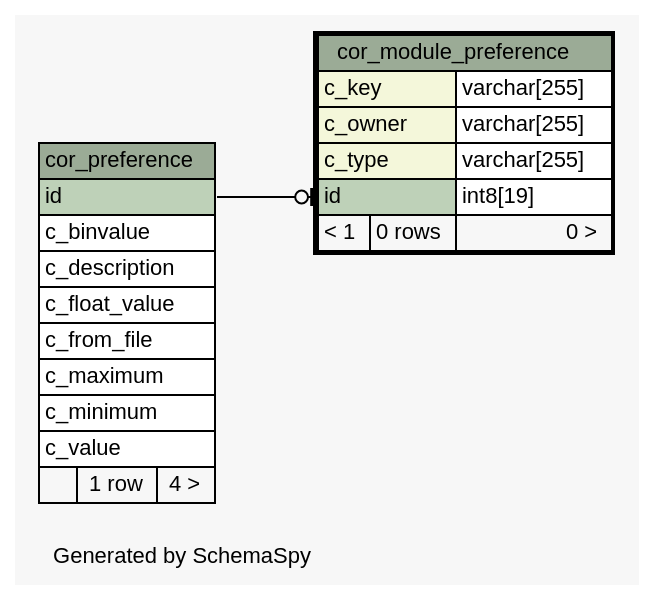
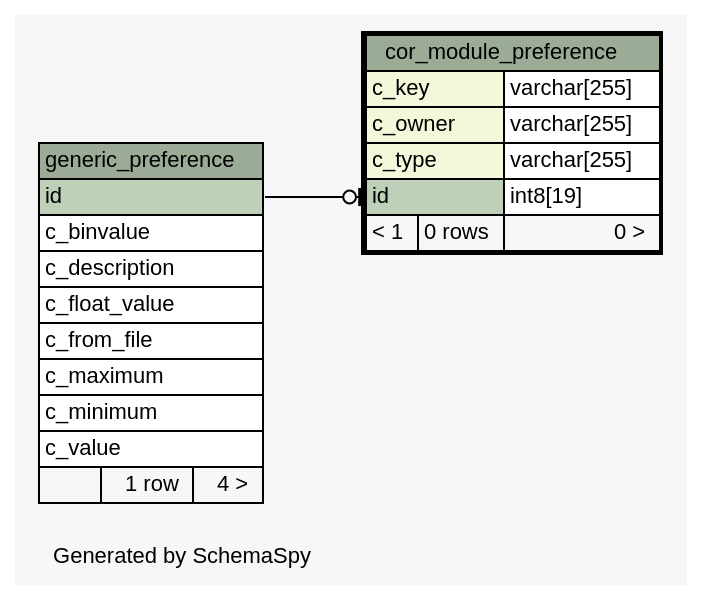
Before and after one commit to openwms/org.openwms.core.preferences.lib: the diagram in schemaspy/diagrams/cor_module_preference.1degree.dot, drawn with Graphviz. The commit also changed 270 other files, not shown here.

```diff
--- a/schemaspy/diagrams/cor_module_preference.1degree.dot
+++ b/schemaspy/diagrams/cor_module_preference.1degree.dot
@@ -1,53 +1,53 @@
-// dot 2.38.0 on Linux 4.15.0-1037-gcp
+// dot 2.36.0 on Linux 4.4.0-101-generic
 // SchemaSpy rev Unknown
 digraph "oneDegreeRelationshipsDiagram" {
   graph [
     rankdir="RL"
     bgcolor="#f7f7f7"
     label="\nGenerated by SchemaSpy"
     labeljust="l"
     nodesep="0.18"
     ranksep="0.46"
     fontname="Helvetica"
     fontsize="11"
   ];
   node [
     fontname="Helvetica"
     fontsize="11"
     shape="plaintext"
   ];
   edge [
     arrowsize="0.8"
   ];
-  "cor_module_preference":"id":w -> "cor_preference":"id":e [arrowhead=none dir=back arrowtail=teeodot];
+  "cor_module_preference":"id":w -> "generic_preference":"id":e [arrowhead=none dir=back arrowtail=teeodot];
   "cor_module_preference" [
     label=<
     <TABLE BORDER="2" CELLBORDER="1" CELLSPACING="0" BGCOLOR="#ffffff">
       <TR><TD COLSPAN="3" BGCOLOR="#9bab96" ALIGN="CENTER">cor_module_preference</TD></TR>
       <TR><TD PORT="c_key" COLSPAN="2" BGCOLOR="#f4f7da" ALIGN="LEFT">c_key</TD><TD PORT="c_key.type" ALIGN="LEFT">varchar[255]</TD></TR>
       <TR><TD PORT="c_owner" COLSPAN="2" BGCOLOR="#f4f7da" ALIGN="LEFT">c_owner</TD><TD PORT="c_owner.type" ALIGN="LEFT">varchar[255]</TD></TR>
       <TR><TD PORT="c_type" COLSPAN="2" BGCOLOR="#f4f7da" ALIGN="LEFT">c_type</TD><TD PORT="c_type.type" ALIGN="LEFT">varchar[255]</TD></TR>
       <TR><TD PORT="id" COLSPAN="2" BGCOLOR="#bed1b8" ALIGN="LEFT">id</TD><TD PORT="id.type" ALIGN="LEFT">int8[19]</TD></TR>
       <TR><TD ALIGN="LEFT" BGCOLOR="#f7f7f7">&lt; 1</TD><TD ALIGN="RIGHT" BGCOLOR="#f7f7f7">0 rows</TD><TD ALIGN="RIGHT" BGCOLOR="#f7f7f7">0 &gt;</TD></TR>
     </TABLE>>
     URL="cor_module_preference.html"
     tooltip="cor_module_preference"
   ];
-  "cor_preference" [
+  "generic_preference" [
     label=<
     <TABLE BORDER="0" CELLBORDER="1" CELLSPACING="0" BGCOLOR="#ffffff">
-      <TR><TD COLSPAN="3" BGCOLOR="#9bab96" ALIGN="CENTER">cor_preference</TD></TR>
+      <TR><TD COLSPAN="3" BGCOLOR="#9bab96" ALIGN="CENTER">generic_preference</TD></TR>
       <TR><TD PORT="id" COLSPAN="3" BGCOLOR="#bed1b8" ALIGN="LEFT">id</TD></TR>
       <TR><TD PORT="c_binvalue" COLSPAN="3" ALIGN="LEFT">c_binvalue</TD></TR>
       <TR><TD PORT="c_description" COLSPAN="3" ALIGN="LEFT">c_description</TD></TR>
       <TR><TD PORT="c_float_value" COLSPAN="3" ALIGN="LEFT">c_float_value</TD></TR>
       <TR><TD PORT="c_from_file" COLSPAN="3" ALIGN="LEFT">c_from_file</TD></TR>
       <TR><TD PORT="c_maximum" COLSPAN="3" ALIGN="LEFT">c_maximum</TD></TR>
       <TR><TD PORT="c_minimum" COLSPAN="3" ALIGN="LEFT">c_minimum</TD></TR>
       <TR><TD PORT="c_value" COLSPAN="3" ALIGN="LEFT">c_value</TD></TR>
       <TR><TD ALIGN="LEFT" BGCOLOR="#f7f7f7">  </TD><TD ALIGN="RIGHT" BGCOLOR="#f7f7f7">1 row</TD><TD ALIGN="RIGHT" BGCOLOR="#f7f7f7">4 &gt;</TD></TR>
     </TABLE>>
-    URL="cor_preference.html"
-    tooltip="cor_preference"
+    URL="generic_preference.html"
+    tooltip="generic_preference"
   ];
 }
```
